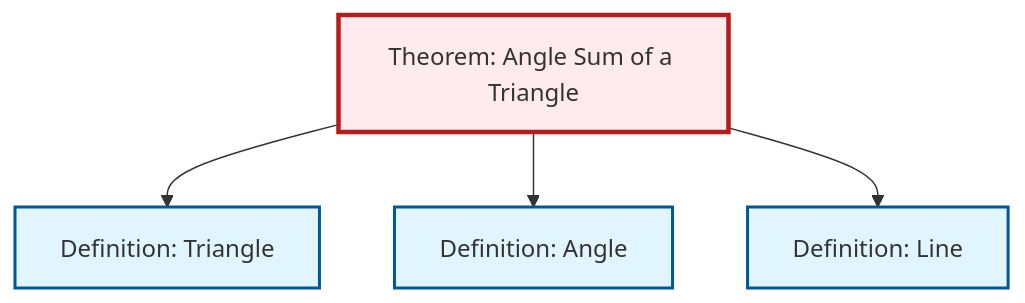
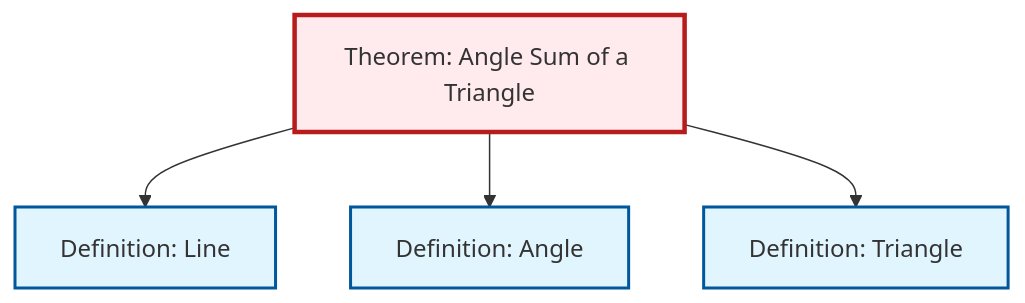
Before and after one commit to RK0429/ModernMath: the diagram in content/en/geometry/thm-angle-sum-triangle.qmd, drawn with Mermaid. The commit also changed other lines of this file and 434 other files, not shown here.

````diff
--- a/content/en/geometry/thm-angle-sum-triangle.qmd
+++ b/content/en/geometry/thm-angle-sum-triangle.qmd
@@ -57,20 +57,20 @@
 ```{mermaid}
 %%| fig-cap: "Local dependency graph"
 graph TD
     classDef definition fill:#e1f5fe,stroke:#01579b,stroke-width:2px
     classDef theorem fill:#f3e5f5,stroke:#4a148c,stroke-width:2px
     classDef axiom fill:#fff3e0,stroke:#e65100,stroke-width:2px
     classDef example fill:#e8f5e9,stroke:#1b5e20,stroke-width:2px
     classDef current fill:#ffebee,stroke:#b71c1c,stroke-width:3px
+    def-triangle["Definition: Triangle"]:::definition
     thm-angle-sum-triangle["Theorem: Angle Sum of a Triangle"]:::theorem
+    def-line["Definition: Line"]:::definition
     def-angle["Definition: Angle"]:::definition
-    def-line["Definition: Line"]:::definition
-    def-triangle["Definition: Triangle"]:::definition
+    thm-angle-sum-triangle --> def-line
+    thm-angle-sum-triangle --> def-angle
     thm-angle-sum-triangle --> def-triangle
-    thm-angle-sum-triangle --> def-angle
-    thm-angle-sum-triangle --> def-line
     class thm-angle-sum-triangle current
+    click def-triangle "def-triangle.html" "Go to Triangle definition"
+    click def-line "def-line.html" "Go to Line definition"
     click def-angle "def-angle.html" "Go to Angle definition"
-    click def-line "def-line.html" "Go to Line definition"
-    click def-triangle "def-triangle.html" "Go to Triangle definition"
 ```
````
